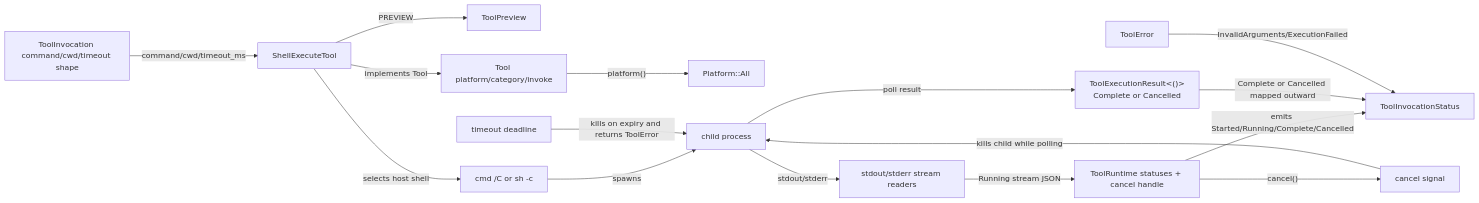
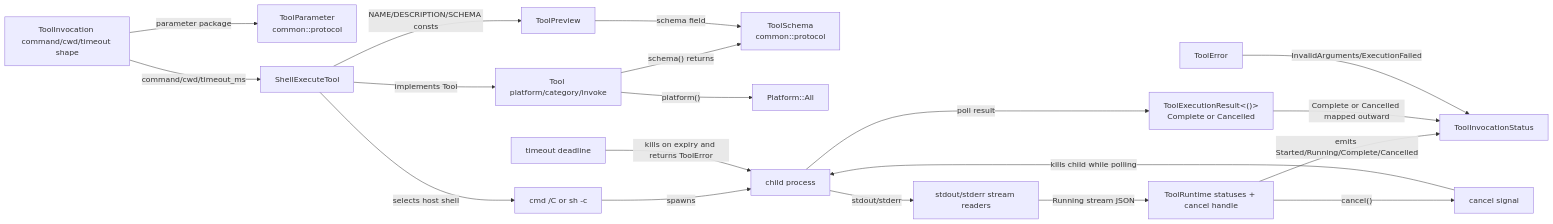
One commit to DexterDreeeam/Marix changed the diagram in src/client/tool/native/shell/.workflow.mmd. Above: the diagram before and after it, drawn with Mermaid. The commit also changed 28 other files, not shown here.

Commit message:
Refresh source design metadata for tool protocol and plan structure

```diff
--- a/src/client/tool/native/shell/.workflow.mmd
+++ b/src/client/tool/native/shell/.workflow.mmd
@@ -1,31 +1,36 @@
 flowchart LR
   ToolPreview["ToolPreview"]
+  ToolSchema["ToolSchema\ncommon::protocol"]
+  ToolParameter["ToolParameter\ncommon::protocol"]
   ToolTrait["Tool platform/category/invoke"]
   PlatformAll["Platform::All"]
   ToolInvocation["ToolInvocation command/cwd/timeout shape"]
   ToolRuntime["ToolRuntime statuses + cancel handle"]
   ToolInvocationStatus["ToolInvocationStatus"]
   ToolExecutionResult["ToolExecutionResult<()>\nComplete or Cancelled"]
   CancelSignal["cancel signal"]
   ToolError["ToolError"]
   ShellExecuteTool["ShellExecuteTool"]
   ShellCommand["cmd /C or sh -c"]
   ChildProcess["child process"]
   StreamReaders["stdout/stderr stream readers"]
   Timeout["timeout deadline"]
 
   ShellExecuteTool -->|"implements Tool"| ToolTrait
   ToolTrait -->|"platform()"| PlatformAll
-  ShellExecuteTool -->|"PREVIEW"| ToolPreview
+  ShellExecuteTool -->|"NAME/DESCRIPTION/SCHEMA consts"| ToolPreview
+  ToolTrait -->|"schema() returns"| ToolSchema
+  ToolPreview -->|"schema field"| ToolSchema
+  ToolInvocation -->|"parameter package"| ToolParameter
   ToolInvocation -->|"command/cwd/timeout_ms"| ShellExecuteTool
   ShellExecuteTool -->|"selects host shell"| ShellCommand
   ShellCommand -->|"spawns"| ChildProcess
   ChildProcess -->|"stdout/stderr"| StreamReaders
   StreamReaders -->|"Running stream JSON"| ToolRuntime
   Timeout -->|"kills on expiry and returns ToolError"| ChildProcess
   ToolRuntime -->|"emits Started/Running/Complete/Cancelled"| ToolInvocationStatus
   ToolRuntime -->|"cancel()"| CancelSignal
   CancelSignal -->|"kills child while polling"| ChildProcess
   ChildProcess -->|"poll result"| ToolExecutionResult
   ToolExecutionResult -->|"Complete or Cancelled mapped outward"| ToolInvocationStatus
   ToolError -->|"InvalidArguments/ExecutionFailed"| ToolInvocationStatus
```
